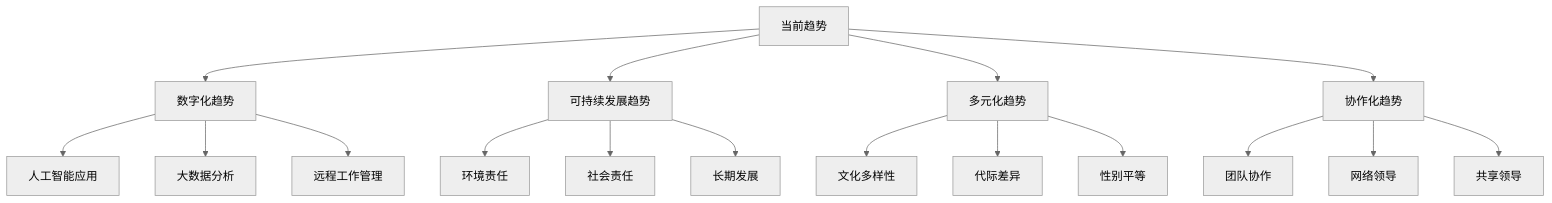
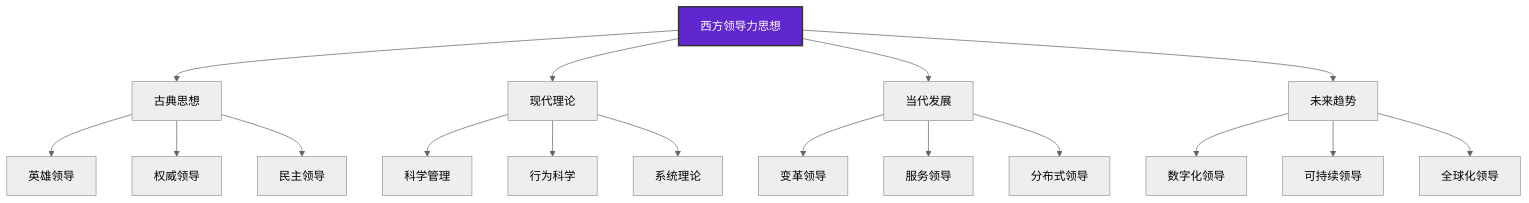
One commit to Anping2017/obsidian changed the eighth of 9 diagrams in 企业领导力/01-基础认知层/03-领导力发展历程.md. Above: the diagram before and after it, drawn with Mermaid (neutral theme). The commit also changed other lines of this file and 8 other files, not shown here.

````diff
--- a/企业领导力/01-基础认知层/03-领导力发展历程.md
+++ b/企业领导力/01-基础认知层/03-领导力发展历程.md
@@ -242,23 +242,25 @@
 ```mermaid
 graph TD
-    A[当前趋势] --> B[数字化趋势]
-    A --> C[可持续发展趋势]
-    A --> D[多元化趋势]
-    A --> E[协作化趋势]
+    A[西方领导力思想] --> B[古典思想]
+    A --> C[现代理论]
+    A --> D[当代发展]
+    A --> E[未来趋势]
     
-    B --> B1[人工智能应用]
-    B --> B2[大数据分析]
-    B --> B3[远程工作管理]
+    B --> B1[英雄领导]
+    B --> B2[权威领导]
+    B --> B3[民主领导]
     
-    C --> C1[环境责任]
-    C --> C2[社会责任]
-    C --> C3[长期发展]
+    C --> C1[科学管理]
+    C --> C2[行为科学]
+    C --> C3[系统理论]
     
-    D --> D1[文化多样性]
-    D --> D2[代际差异]
-    D --> D3[性别平等]
+    D --> D1[变革领导]
+    D --> D2[服务领导]
+    D --> D3[分布式领导]
     
-    E --> E1[团队协作]
-    E --> E2[网络领导]
-    E --> E3[共享领导]
+    E --> E1[数字化领导]
+    E --> E2[可持续领导]
+    E --> E3[全球化领导]
+    
+    style A fill:#5f27cd,stroke:#333,stroke-width:2px,color:#fff
 ```
````
